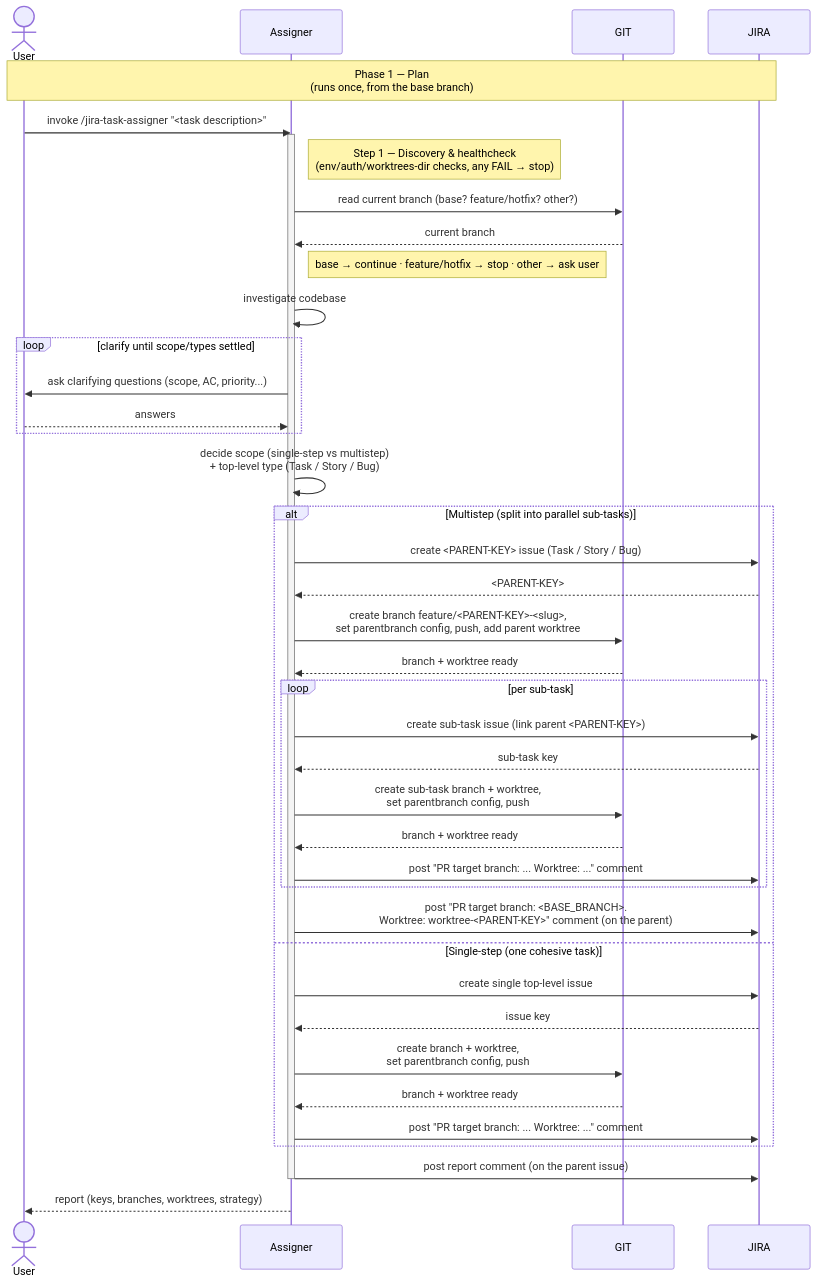
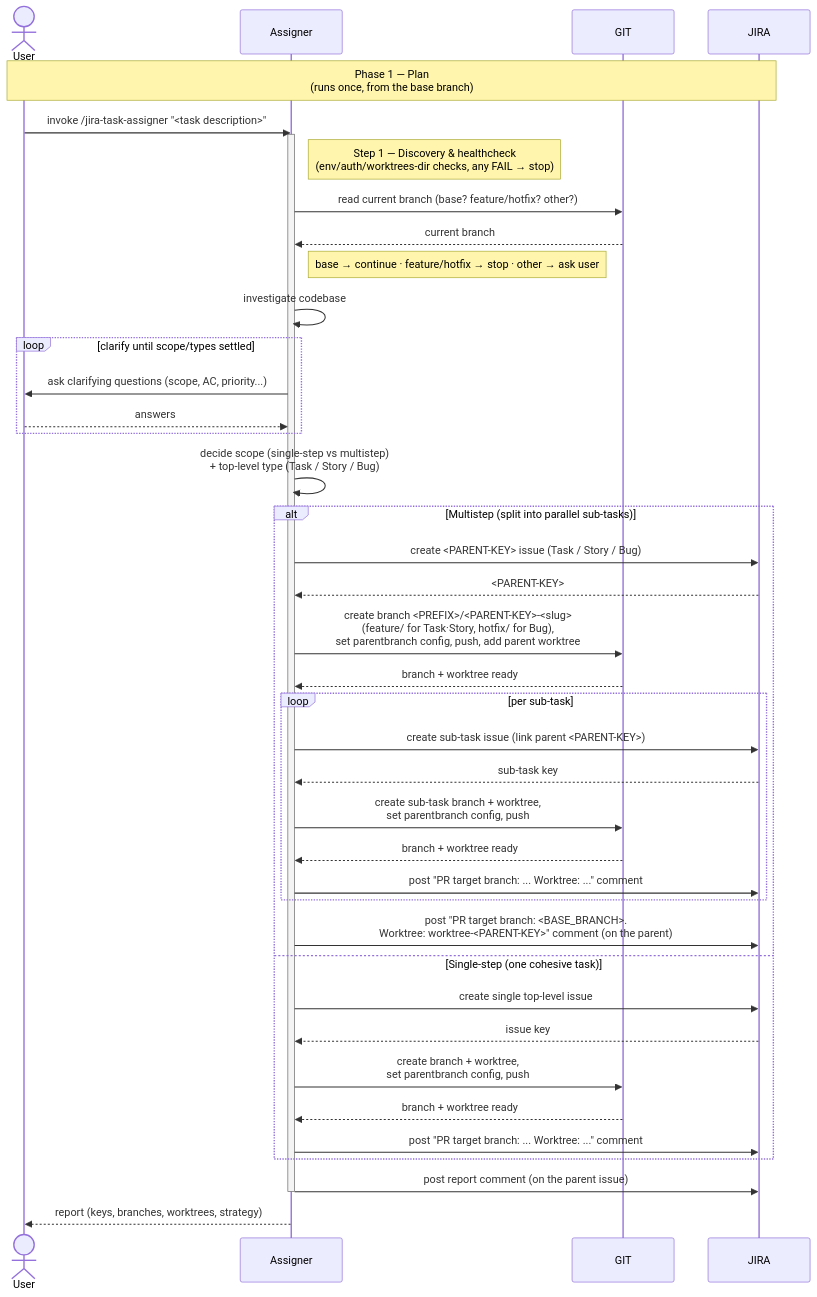
Before and after one commit to kantorv/jira-sdlc-tools: the diagram in plugins/jira-sdlc/docs/TASK-LIFECYCLE-PHASE-1.md, drawn with Mermaid. The commit also changed 1 other file, not shown here.

Commit message:
JST-67 docs: realign phase-1/2 lifecycle diagrams with skill changes
Phase 2: executor no longer creates a branch in-flow or posts a
PR-target comment (removed in 0d5ddfb — bootstrap moved to §7). Drop the
"resume or create" and "branch-fallback posts PR target branch" wording
from the diagram node, the guard note, and both routing paragraphs.

Phase 1: assigner branch prefix was parameterized to <PREFIX> in
1c35b18; the diagram hard-coded feature/, wrong for a Bug parent
(hotfix/). Show <PREFIX> with the feature/hotfix-by-type rule.

````diff
--- a/plugins/jira-sdlc/docs/TASK-LIFECYCLE-PHASE-1.md
+++ b/plugins/jira-sdlc/docs/TASK-LIFECYCLE-PHASE-1.md
@@ -26,49 +26,49 @@
 ```mermaid
 sequenceDiagram
     actor User
     participant Assigner
     participant GIT
     participant JIRA
 
     Note over User,JIRA: Phase 1 — Plan<br/>(runs once, from the base branch)
     User->>Assigner: invoke /jira-task-assigner "<task description>"
 
     activate Assigner
     Note right of Assigner: Step 1 — Discovery & healthcheck<br/>(env/auth/worktrees-dir checks, any FAIL → stop)
     Assigner->>GIT: read current branch (base? feature/hotfix? other?)
     GIT-->>Assigner: current branch
     Note right of Assigner: base → continue · feature/hotfix → stop · other → ask user
     Assigner->>Assigner: investigate codebase
 
     loop clarify until scope/types settled
         Assigner->>User: ask clarifying questions (scope, AC, priority...)
         User-->>Assigner: answers
     end
 
     Assigner->>Assigner: decide scope (single-step vs multistep)<br/>+ top-level type (Task / Story / Bug)
 
     alt Multistep (split into parallel sub-tasks)
         Assigner->>JIRA: create <PARENT-KEY> issue (Task / Story / Bug)
         JIRA-->>Assigner: <PARENT-KEY>
-        Assigner->>GIT: create branch feature/<PARENT-KEY>-<slug>,<br/>set parentbranch config, push, add parent worktree
+        Assigner->>GIT: create branch <PREFIX>/<PARENT-KEY>-<slug><br/>(feature/ for Task·Story, hotfix/ for Bug),<br/>set parentbranch config, push, add parent worktree
         GIT-->>Assigner: branch + worktree ready
         loop per sub-task
             Assigner->>JIRA: create sub-task issue (link parent <PARENT-KEY>)
             JIRA-->>Assigner: sub-task key
             Assigner->>GIT: create sub-task branch + worktree,<br/>set parentbranch config, push
             GIT-->>Assigner: branch + worktree ready
             Assigner->>JIRA: post "PR target branch: ... Worktree: ..." comment
         end
         Assigner->>JIRA: post "PR target branch: <BASE_BRANCH>.<br/>Worktree: worktree-<PARENT-KEY>" comment (on the parent)
     else Single-step (one cohesive task)
         Assigner->>JIRA: create single top-level issue
         JIRA-->>Assigner: issue key
         Assigner->>GIT: create branch + worktree,<br/>set parentbranch config, push
         GIT-->>Assigner: branch + worktree ready
         Assigner->>JIRA: post "PR target branch: ... Worktree: ..." comment
     end
     Assigner->>JIRA: post report comment (on the parent issue)
     deactivate Assigner
 
     Assigner-->>User: report (keys, branches, worktrees, strategy)
 ```
````
